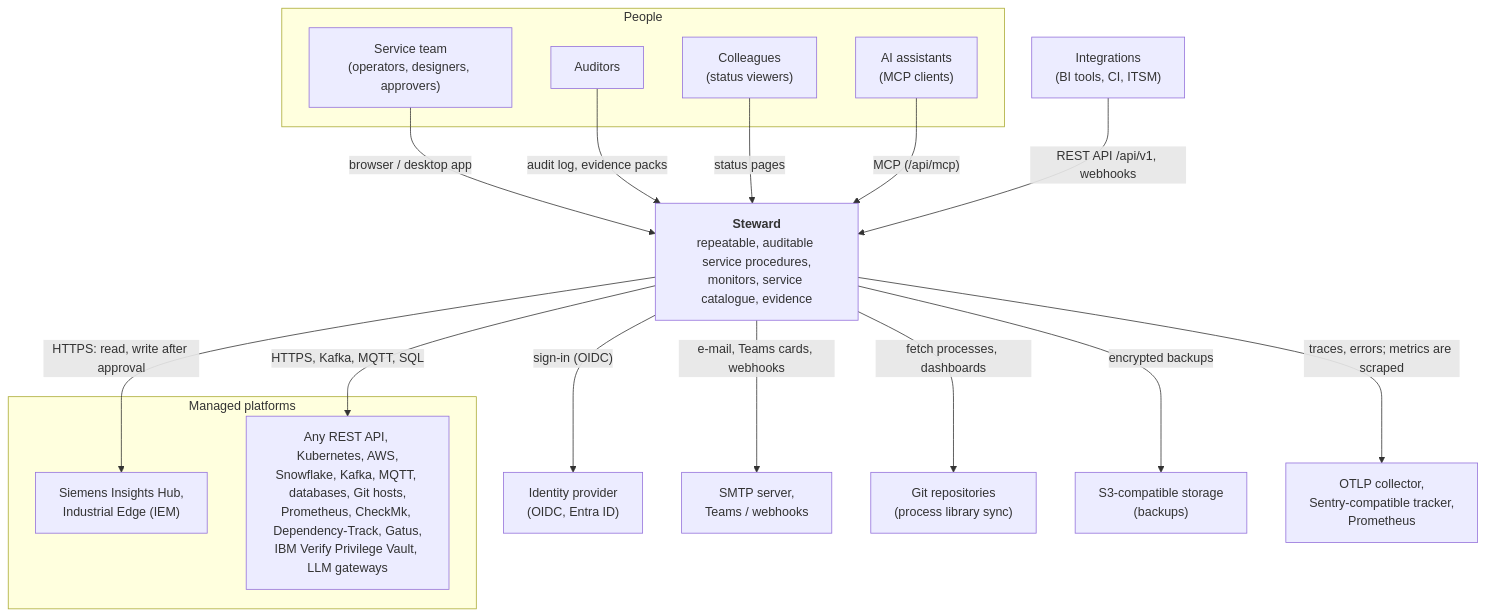
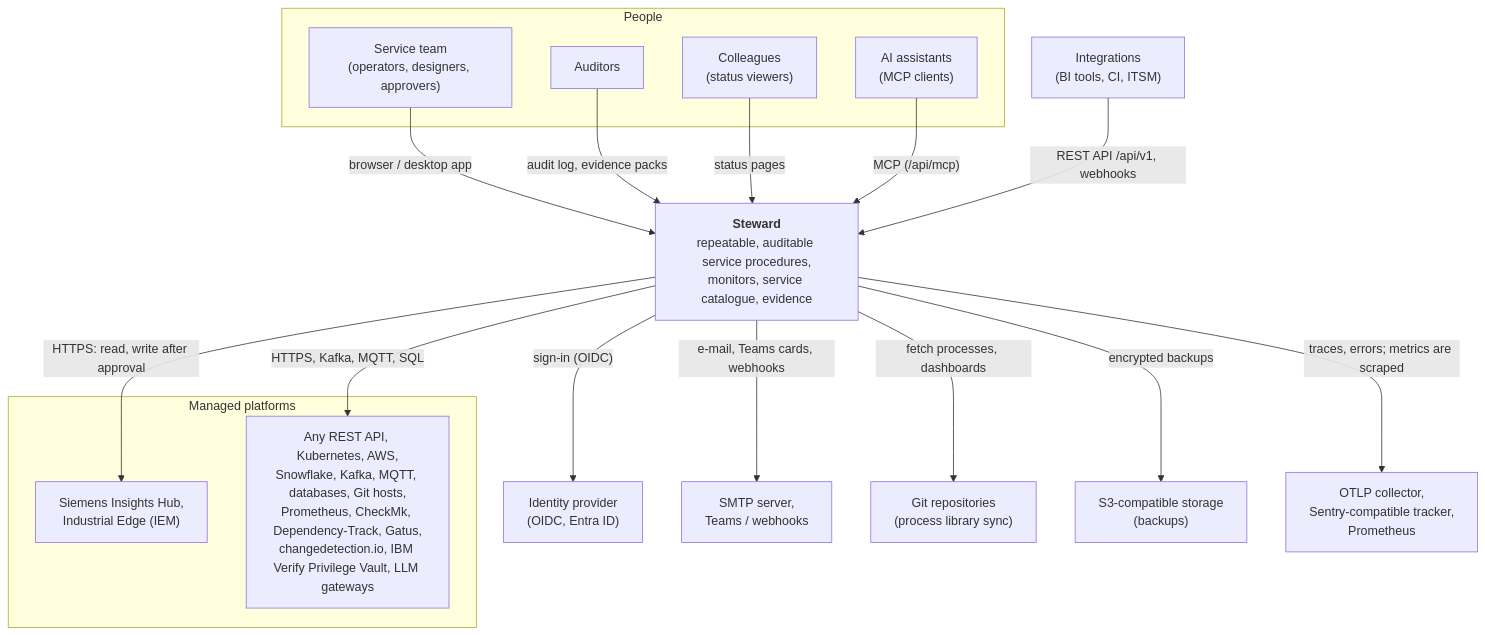
Before and after one commit to vxrz/Steward: the first of 2 diagrams in docs/ARCHITECTURE.md, drawn with Mermaid. The commit also changed other lines of this file and 5 other files, not shown here.

Commit message:
docs(changedetection): setup, watches, check, notifications to a webhook trigger (#242)

````diff
--- a/docs/ARCHITECTURE.md
+++ b/docs/ARCHITECTURE.md
@@ -9,36 +9,36 @@
 ```mermaid
 flowchart TB
   subgraph people [People]
     ops["Service team<br/>(operators, designers, approvers)"]
     aud["Auditors"]
     viewers["Colleagues<br/>(status viewers)"]
     ai["AI assistants<br/>(MCP clients)"]
   end
 
   steward["<b>Steward</b><br/>repeatable, auditable service procedures,<br/>monitors, service catalogue, evidence"]
 
   subgraph platforms [Managed platforms]
     ih["Siemens Insights Hub,<br/>Industrial Edge (IEM)"]
-    rest["Any REST API, Kubernetes, AWS,<br/>Snowflake, Kafka, MQTT, databases, Git hosts,<br/>Prometheus, CheckMk, Dependency-Track, Gatus,<br/>IBM Verify Privilege Vault, LLM gateways"]
+    rest["Any REST API, Kubernetes, AWS,<br/>Snowflake, Kafka, MQTT, databases, Git hosts,<br/>Prometheus, CheckMk, Dependency-Track, Gatus,<br/>changedetection.io, IBM Verify Privilege Vault, LLM gateways"]
   end
 
   idp["Identity provider<br/>(OIDC, Entra ID)"]
   mail["SMTP server,<br/>Teams / webhooks"]
   git["Git repositories<br/>(process library sync)"]
   s3["S3-compatible storage<br/>(backups)"]
   obs["OTLP collector,<br/>Sentry-compatible tracker,<br/>Prometheus"]
   int["Integrations<br/>(BI tools, CI, ITSM)"]
 
   ops -->|"browser / desktop app"| steward
   aud -->|"audit log, evidence packs"| steward
   viewers -->|"status pages"| steward
   ai -->|"MCP (/api/mcp)"| steward
   int -->|"REST API /api/v1, webhooks"| steward
   steward -->|"HTTPS: read, write after approval"| ih
   steward -->|"HTTPS, Kafka, MQTT, SQL"| rest
   steward -->|"sign-in (OIDC)"| idp
   steward -->|"e-mail, Teams cards, webhooks"| mail
   steward -->|"fetch processes, dashboards"| git
   steward -->|"encrypted backups"| s3
   steward -->|"traces, errors; metrics are scraped"| obs
 ```
````
